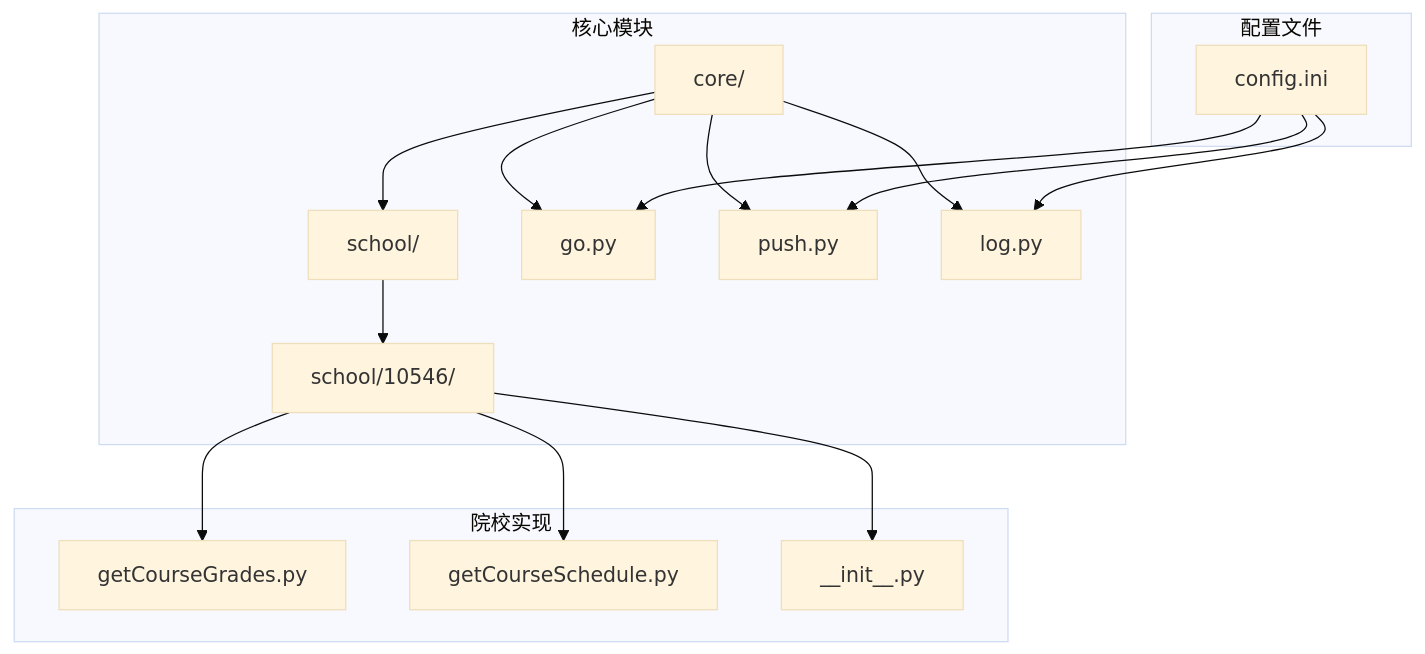
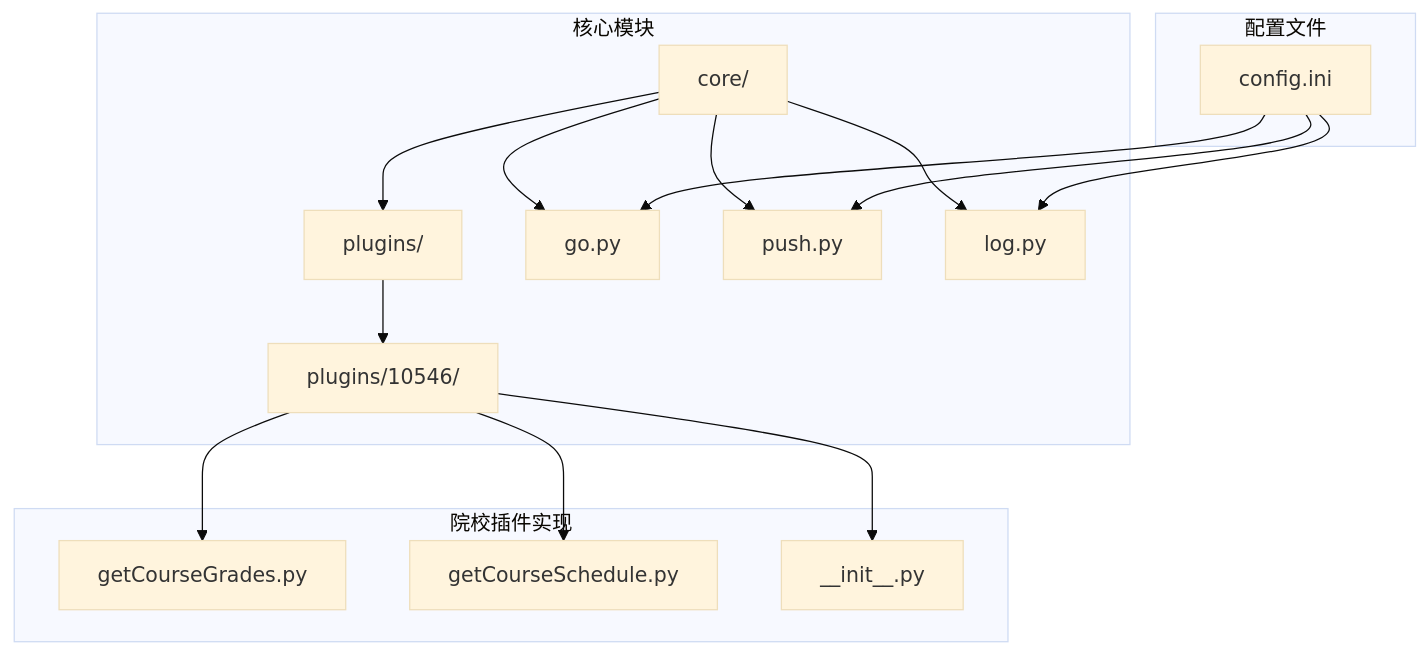
The first of 9 diagrams in .wiki/zh/content/院校模块系统/现有院校实现分析.md (pjnt9372/Capture_Push), drawn with Mermaid (base theme) before and after one commit. The commit also changed other lines of this file and 37 other files, not shown here.

````diff
--- a/.wiki/zh/content/院校模块系统/现有院校实现分析.md
+++ b/.wiki/zh/content/院校模块系统/现有院校实现分析.md
@@ -33,30 +33,30 @@
 ```mermaid
 graph TB
 subgraph "核心模块"
 CORE[core/]
-SCHOOL[school/]
-SCHOOL_10546[school/10546/]
+PLUGINS[plugins/]
+PLUGIN_10546[plugins/10546/]
 GO[go.py]
 PUSH[push.py]
 LOG[log.py]
 end
-subgraph "院校实现"
+subgraph "院校插件实现"
 GRADES[getCourseGrades.py]
 SCHEDULE[getCourseSchedule.py]
 INIT[__init__.py]
 end
 subgraph "配置文件"
 CONFIG[config.ini]
 end
-CORE --> SCHOOL
-SCHOOL --> SCHOOL_10546
-SCHOOL_10546 --> GRADES
-SCHOOL_10546 --> SCHEDULE
-SCHOOL_10546 --> INIT
+CORE --> PLUGINS
+PLUGINS --> PLUGIN_10546
+PLUGIN_10546 --> GRADES
+PLUGIN_10546 --> SCHEDULE
+PLUGIN_10546 --> INIT
 CORE --> GO
 CORE --> PUSH
 CORE --> LOG
 CONFIG --> GO
 CONFIG --> PUSH
 CONFIG --> LOG
 ```
````
